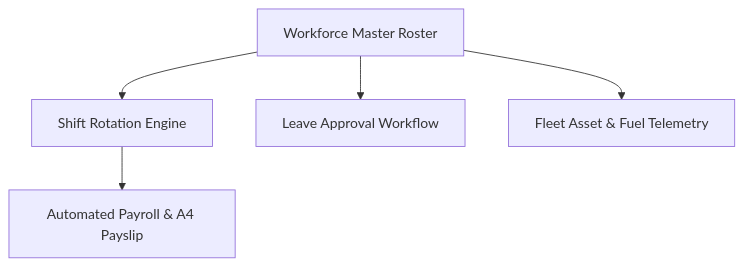
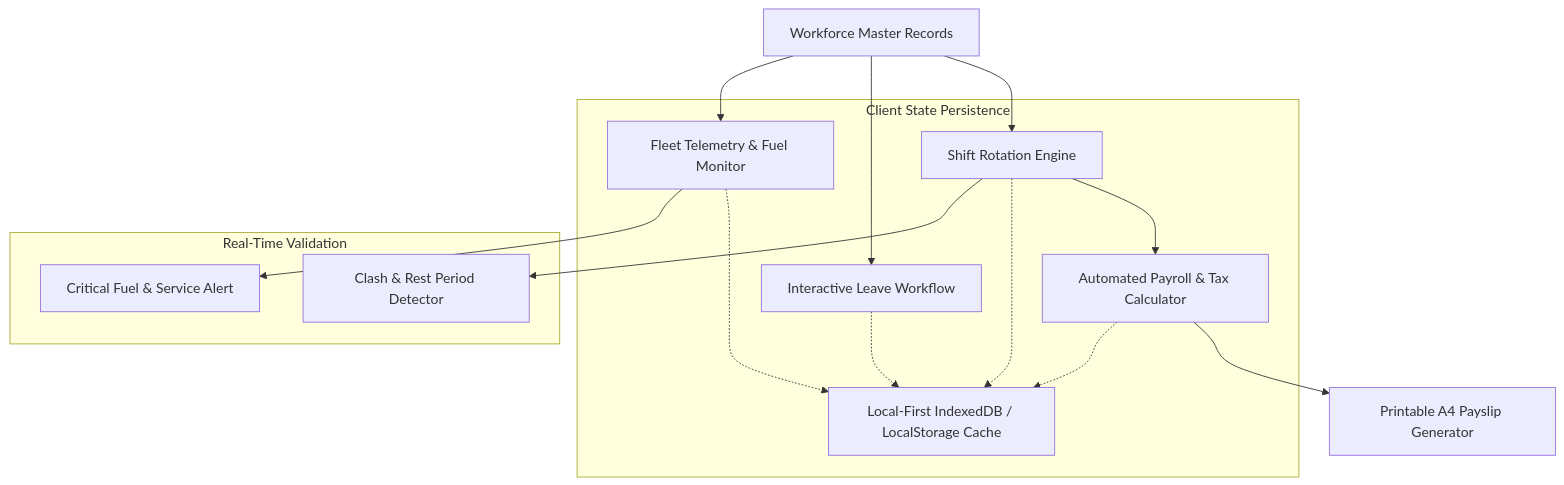
Before and after one commit to olyxmintabansos-byte/nexus-shiftops: the diagram in README.md, drawn with Mermaid. The commit also changed other lines of this file, not shown here.

Commit message:
docs: upgrade to enterprise README with live demo, architecture diagrams & author attribution

````diff
--- a/README.md
+++ b/README.md
@@ -19,7 +53,20 @@
 ```mermaid
 graph TD
-    A[Workforce Master Roster] --> B[Shift Rotation Engine]
-    A --> C[Leave Approval Workflow]
-    B --> D[Automated Payroll & A4 Payslip]
-    A --> E[Fleet Asset & Fuel Telemetry]
+    A[Workforce Master Records] --> B[Shift Rotation Engine]
+    A --> C[Interactive Leave Workflow]
+    B --> D[Automated Payroll & Tax Calculator]
+    D --> E[Printable A4 Payslip Generator]
+    A --> F[Fleet Telemetry & Fuel Monitor]
+    
+    subgraph Client State Persistence
+        B -.-> G[Local-First IndexedDB / LocalStorage Cache]
+        C -.-> G
+        D -.-> G
+        F -.-> G
+    end
+    
+    subgraph Real-Time Validation
+        B --> H[Clash & Rest Period Detector]
+        F --> I[Critical Fuel & Service Alert]
+    end
 ```
````
